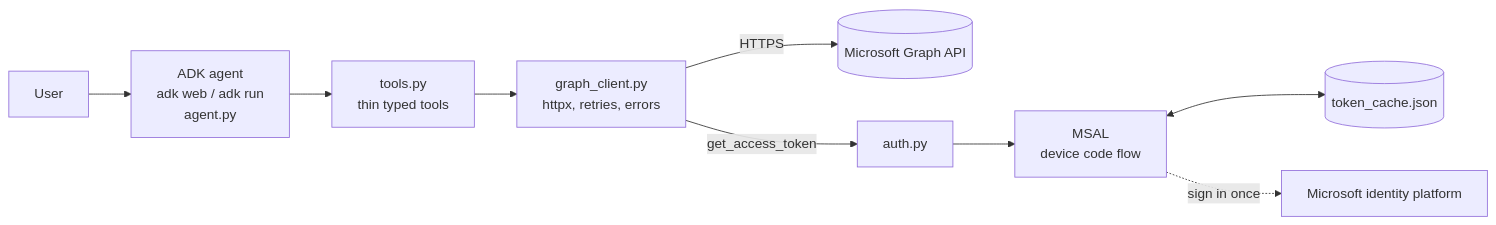
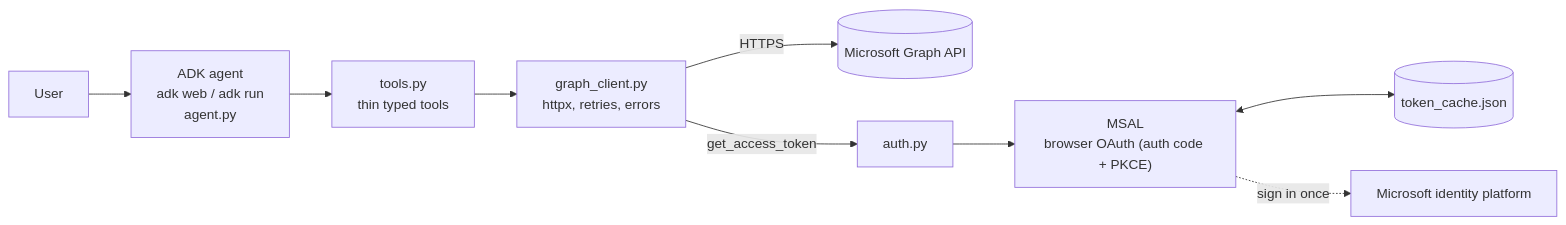
Before and after one commit to namanxdev/Email-assist: the diagram in README.md, drawn with Mermaid. The commit also changed other lines of this file and 5 other files, not shown here.

First line of the commit message:
Replace device code sign-in with interactive browser OAuth (auth code + PKCE)

````diff
--- a/README.md
+++ b/README.md
@@ -11,11 +11,11 @@
 ```mermaid
 flowchart LR
     U[User] --> A["ADK agent<br/>adk web / adk run<br/>agent.py"]
     A --> T["tools.py<br/>thin typed tools"]
     T --> G["graph_client.py<br/>httpx, retries, errors"]
     G -->|HTTPS| M[(Microsoft Graph API)]
     G -->|get_access_token| AU["auth.py"]
-    AU --> MSAL["MSAL<br/>device code flow"]
+    AU --> MSAL["MSAL<br/>browser OAuth (auth code + PKCE)"]
     MSAL <--> C[("token_cache.json")]
     MSAL -.->|sign in once| E[Microsoft identity platform]
 ```
````
